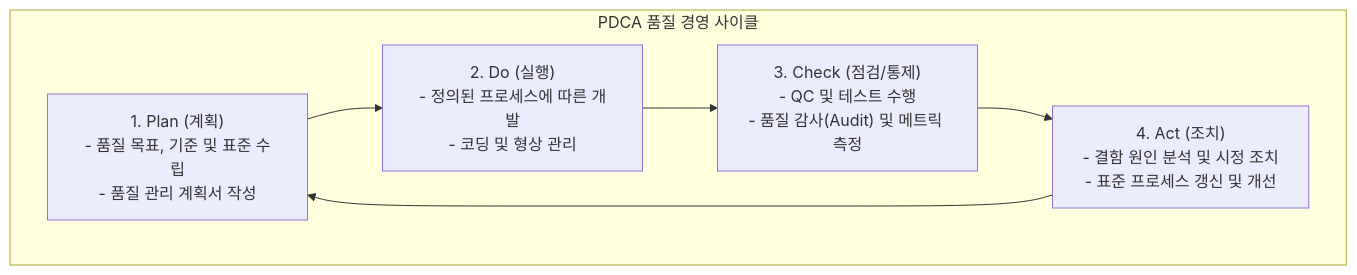
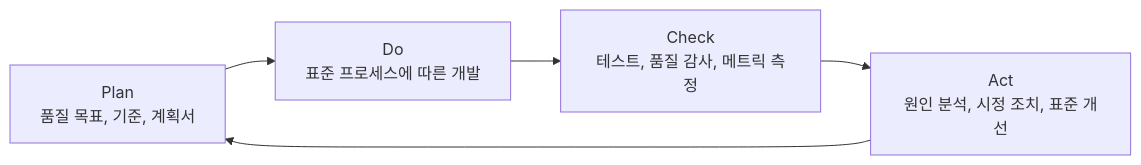
One commit to supremethumb/supremethumb.github.io changed the diagram in content/01_IT Tech/품질관리.md. Above: the diagram before and after it, drawn with Mermaid. The commit also changed other lines of this file and 1087 other files, not shown here.

````diff
--- a/content/01_IT Tech/품질관리.md
+++ b/content/01_IT Tech/품질관리.md
@@ -23,13 +35,7 @@
 ```mermaid
-flowchart TB
-    subgraph PDCA_Cycle ["PDCA 품질 경영 사이클"]
-        direction LR
-        Plan["1. Plan (계획)<br/>- 품질 목표, 기준 및 표준 수립<br/>- 품질 관리 계획서 작성"]
-        Do["2. Do (실행)<br/>- 정의된 프로세스에 따른 개발<br/>- 코딩 및 형상 관리"]
-        Check["3. Check (점검/통제)<br/>- QC 및 테스트 수행<br/>- 품질 감사(Audit) 및 메트릭 측정"]
-        Act["4. Act (조치)<br/>- 결함 원인 분석 및 시정 조치<br/>- 표준 프로세스 갱신 및 개선"]
-        
-        Plan --> Do --> Check --> Act --> Plan
-    end
-
+flowchart LR
+    P["Plan<br/>품질 목표, 기준, 계획서"] --> D["Do<br/>표준 프로세스에 따른 개발"]
+    D --> C["Check<br/>테스트, 품질 감사, 메트릭 측정"]
+    C --> A["Act<br/>원인 분석, 시정 조치, 표준 개선"]
+    A --> P
 ```
````
